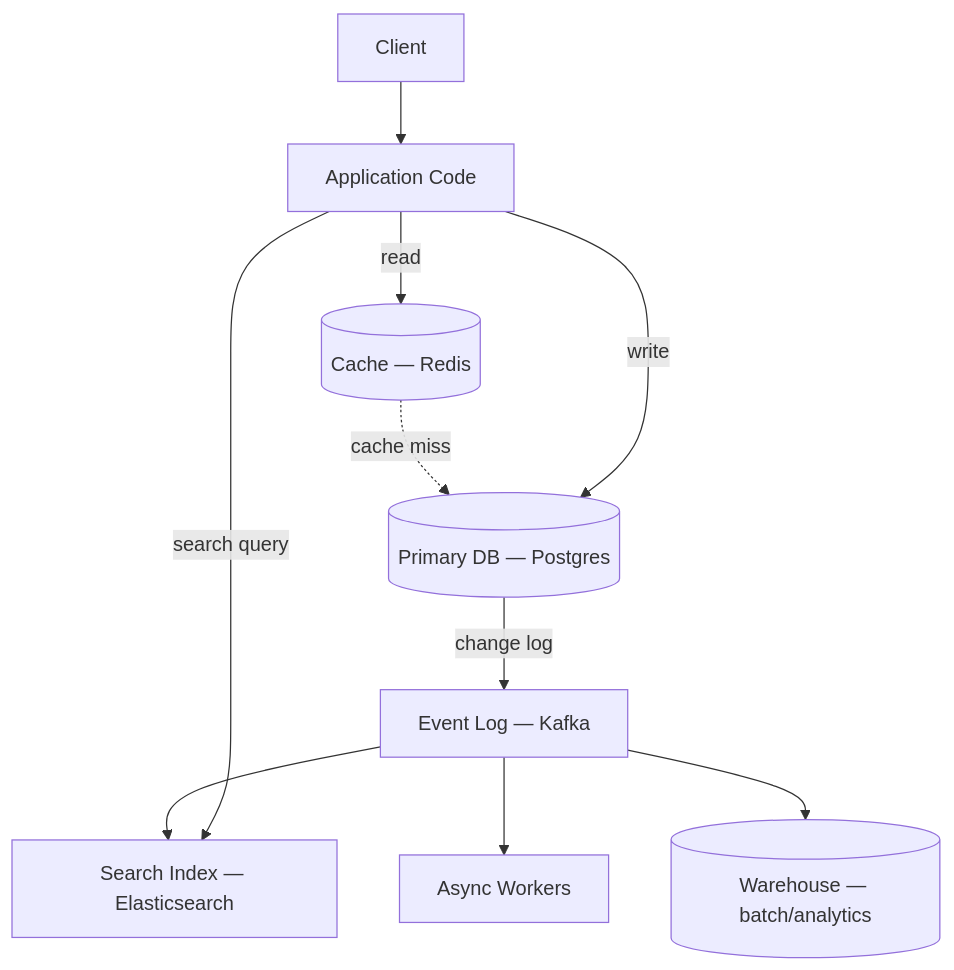
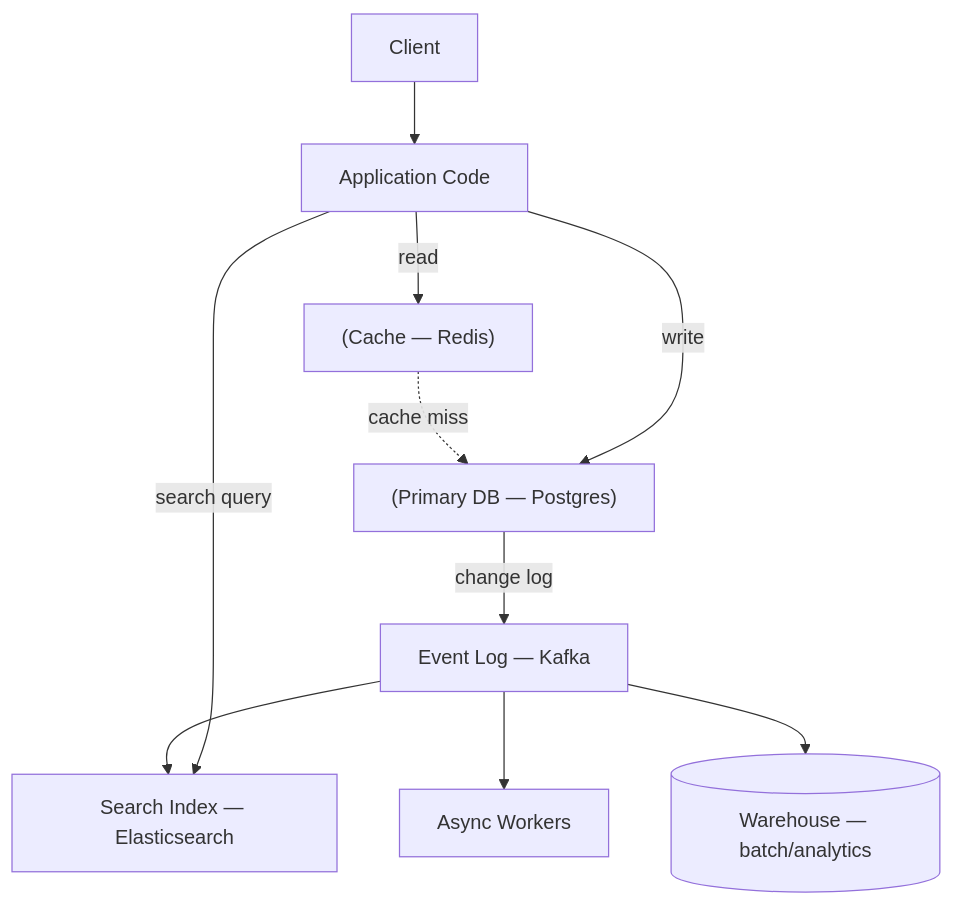
The diagram in files/01-foundations/01-what-is-a-data-system.md (pankajThakur1874/studysheet), drawn with Mermaid before and after one commit. The commit also changed 102 other files, not shown here.

Commit message:
Auto-fix Mermaid diagram syntax across all study guides to prevent Syntax Error in Mermaid v10

````diff
--- a/files/01-foundations/01-what-is-a-data-system.md
+++ b/files/01-foundations/01-what-is-a-data-system.md
@@ -74,12 +74,12 @@
 ```mermaid
 flowchart TD
     Client[Client] --> API[Application Code]
-    API -->|read| Cache[(Cache — Redis)]
-    Cache -.cache miss.-> DB[(Primary DB — Postgres)]
+    API -->|read| Cache["(Cache — Redis)"]
+    Cache -.cache miss.-> DB["(Primary DB — Postgres)"]
     API -->|write| DB
     DB -->|change log| Q[Event Log — Kafka]
     Q --> SI[Search Index — Elasticsearch]
     Q --> W[Async Workers]
-    Q --> DW[(Warehouse — batch/analytics)]
+    Q --> DW[("Warehouse — batch/analytics")]
     API -->|search query| SI
 ```
````
